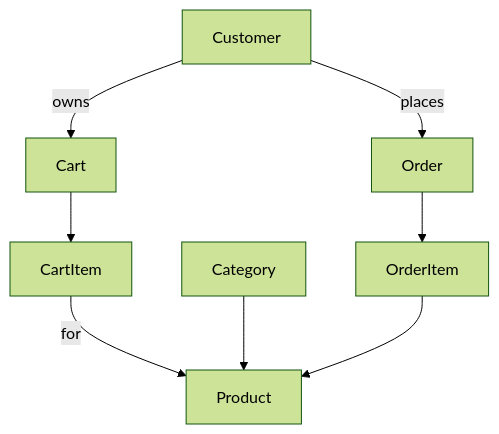
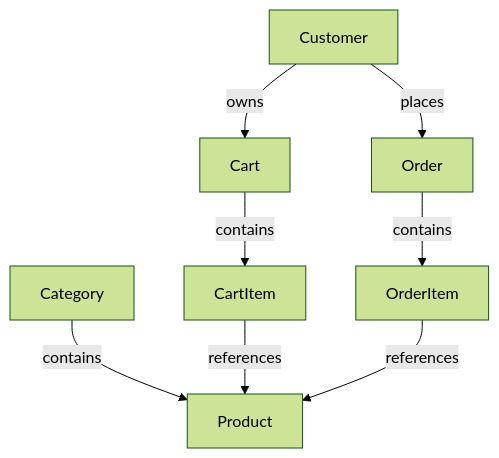
Before and after one commit to m01ves2/BikeShop: the diagram in docs/DomainModel.md, drawn with Mermaid (forest theme). The commit also changed other lines of this file and 12 other files, not shown here.

````diff
--- a/docs/DomainModel.md
+++ b/docs/DomainModel.md
@@ -121,12 +99,10 @@
-```Mermaid
+```mermaid
 flowchart TD
-
-Customer -->|owns| Cart
-Cart --> CartItem
-CartItem -->|for| Product
-
-Category --> Product
-Customer -->|places| Order
-Order --> OrderItem
-OrderItem --> Product
+    Category -->|contains| Product
+    Customer -->|owns| Cart
+    Cart -->|contains| CartItem
+    CartItem -->|references| Product
+    Customer -->|places| Order
+    Order -->|contains| OrderItem
+    OrderItem -->|references| Product
 ```
````
